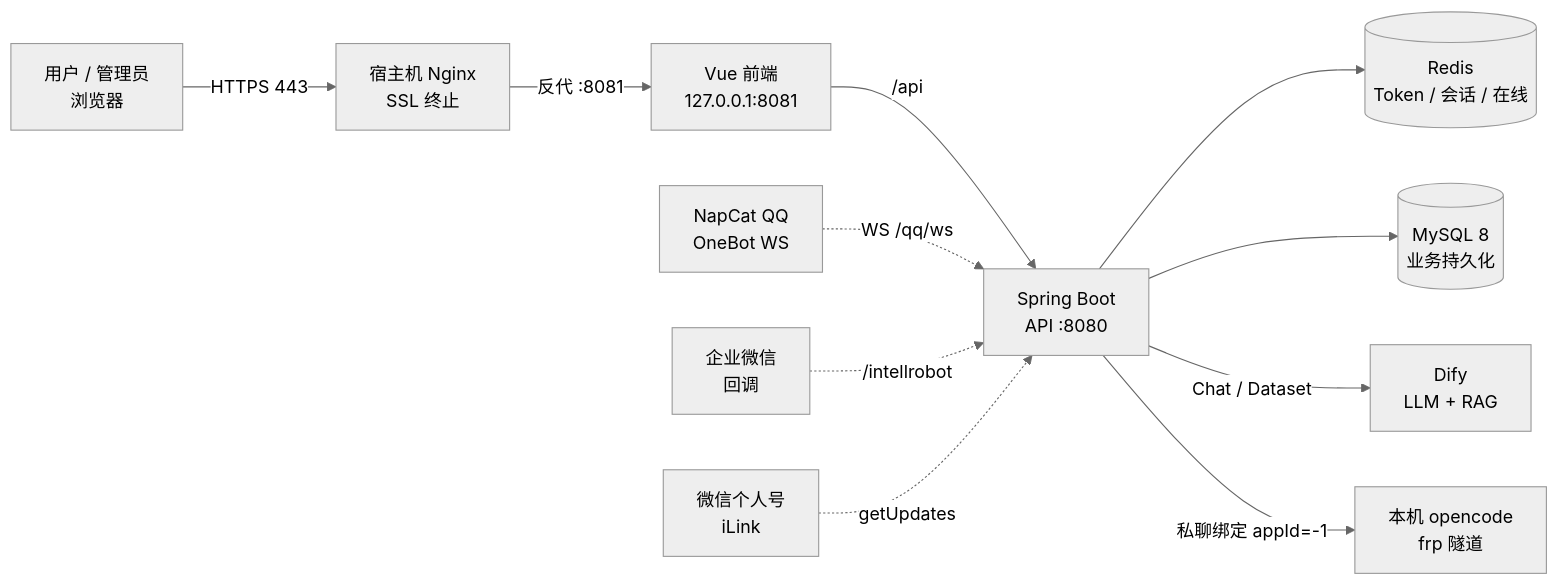
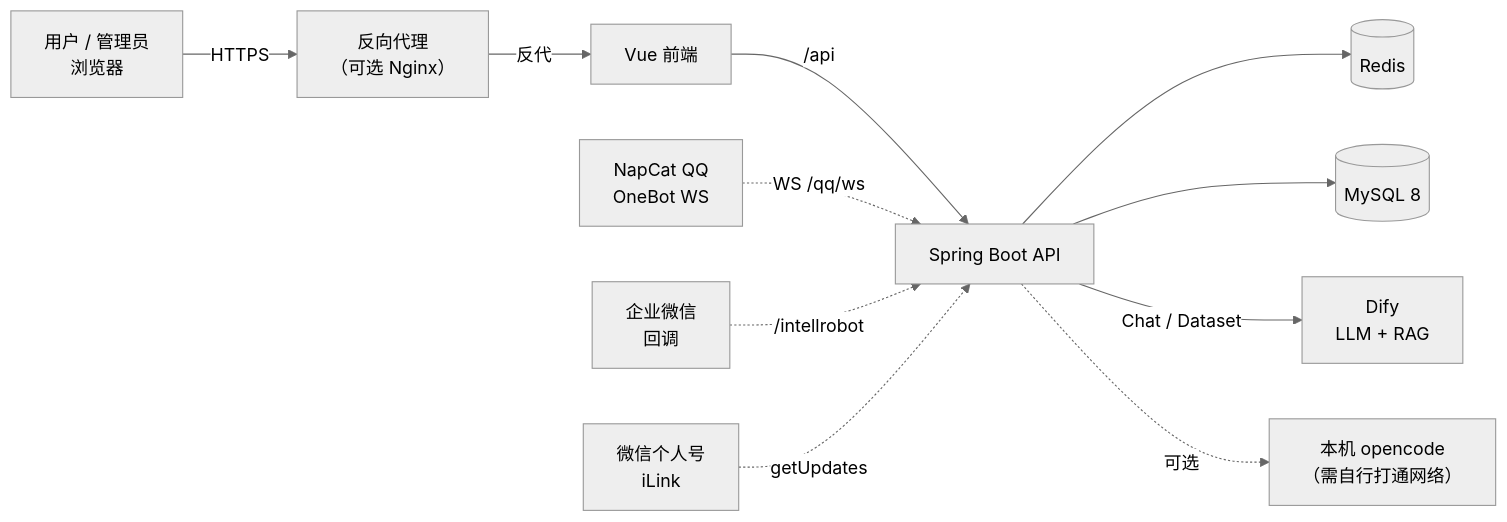
One commit to ZxlDragonDoctor/chatBase changed the diagram in README.md. Above: the diagram before and after it, drawn with Mermaid (neutral theme). The commit also changed other lines of this file and 5 other files, not shown here.

````diff
--- a/README.md
+++ b/README.md
@@ -118,15 +116,15 @@
 ```mermaid
 flowchart LR
-  users["用户 / 管理员<br/>浏览器"] -->|HTTPS 443| nginx["宿主机 Nginx<br/>SSL 终止"]
-  nginx -->|反代 :8081| fe["Vue 前端<br/>127.0.0.1:8081"]
-  fe -->|/api| be["Spring Boot<br/>API :8080"]
+  users["用户 / 管理员<br/>浏览器"] -->|HTTPS| proxy["反向代理<br/>（可选 Nginx）"]
+  proxy -->|反代| fe["Vue 前端"]
+  fe -->|/api| be["Spring Boot API"]
 
   qq["NapCat QQ<br/>OneBot WS"] -.->|WS /qq/ws| be
   wecom["企业微信<br/>回调"] -.->|/intellrobot| be
   wx["微信个人号<br/>iLink"] -.->|getUpdates| be
 
-  be --> redis[("Redis<br/>Token / 会话 / 在线")]
-  be --> mysql[("MySQL 8<br/>业务持久化")]
+  be --> redis[("Redis")]
+  be --> mysql[("MySQL 8")]
   be -->|Chat / Dataset| dify["Dify<br/>LLM + RAG"]
-  be -->|私聊绑定 appId=-1| oc["本机 opencode<br/>frp 隧道"]
+  be -.->|可选| oc["本机 opencode<br/>（需自行打通网络）"]
 ```
````
